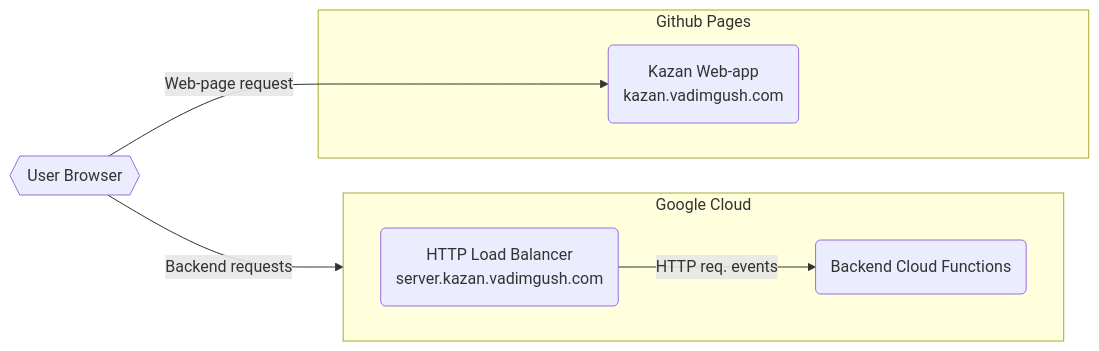
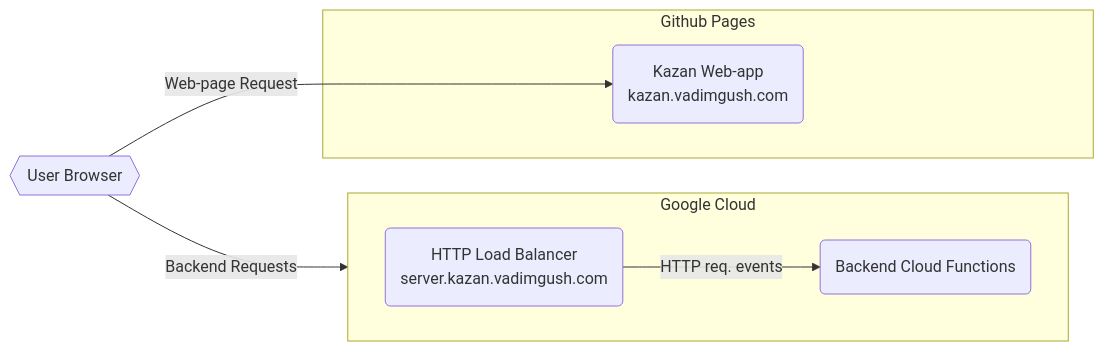
One commit to gush-labs/kazan changed the diagram in server/README.md. Above: the diagram before and after it, drawn with Mermaid.

````diff
--- a/server/README.md
+++ b/server/README.md
@@ -9,19 +9,19 @@
 ```mermaid
 flowchart LR
   kazan-lb(HTTP Load Balancer\nserver.kazan.vadimgush.com)
   kazan-function(Backend Cloud Functions)
   kazan-client(Kazan Web-app\nkazan.vadimgush.com)
   browser{{User Browser}}
   
-  browser -->|Web-page request| kazan-client
-  browser -->|Backend requests| kazan-lb
+  browser -->|Web-page Request| kazan-client
+  browser -->|Backend Requests| kazan-lb
   
   subgraph Google Cloud
   direction LR
   kazan-lb -->|HTTP req. events| kazan-function
   end
   
   subgraph Github Pages
   kazan-client
   end
 ```
````
